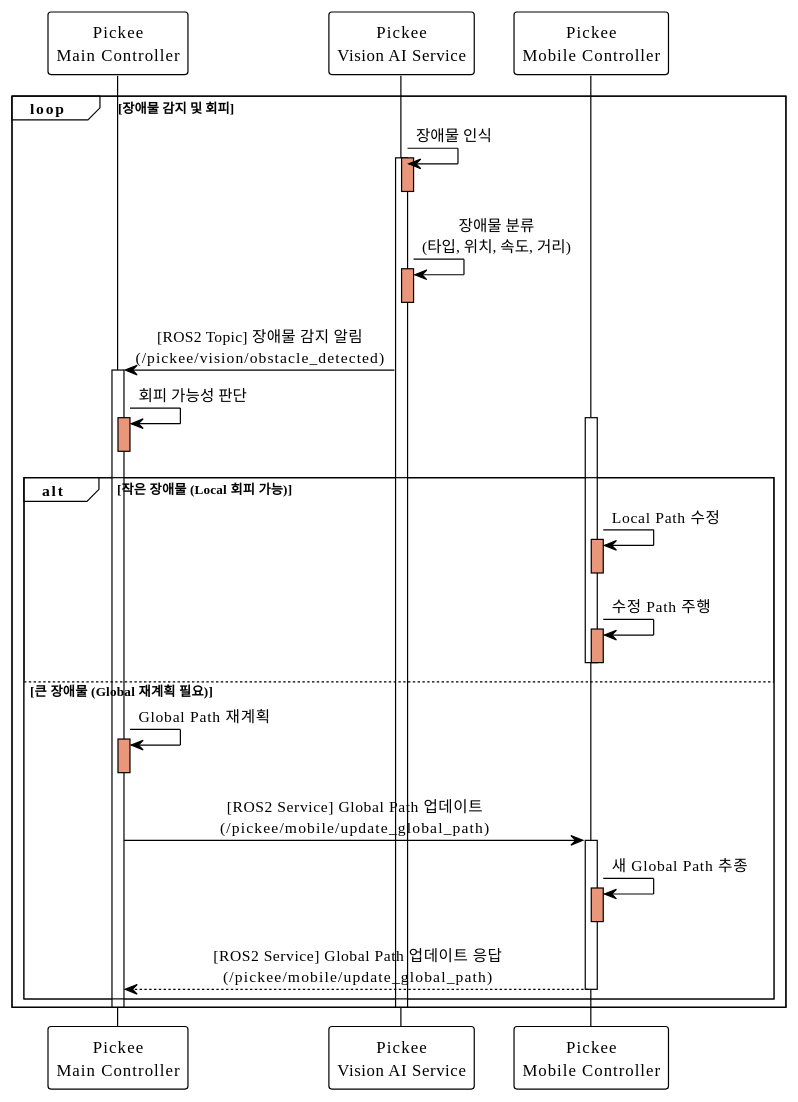
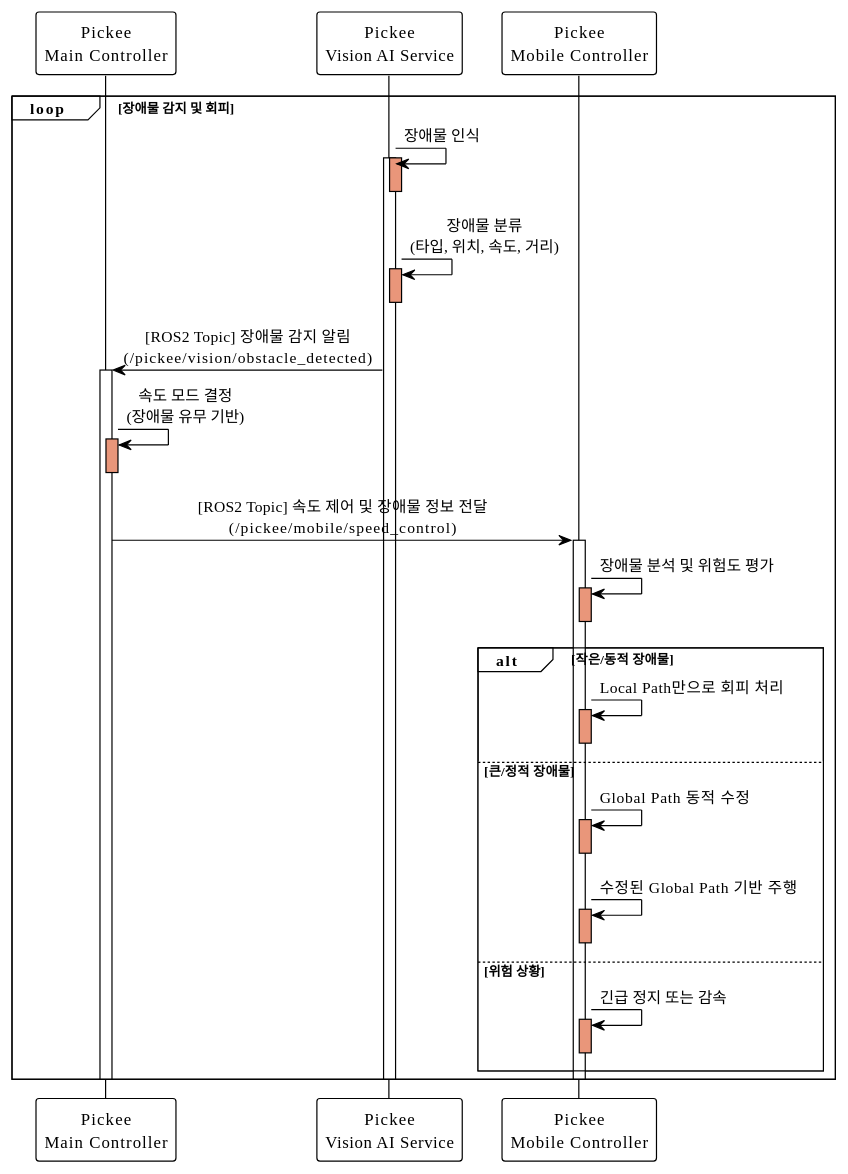
Before and after one commit to addinedu-roscamp-7th/roscamp-repo-1: the diagram in docs/SequenceDiagram/SC_02_2_1.md, drawn with PlantUML. The commit also changed 30 other files, not shown here.

```diff
--- a/docs/SequenceDiagram/SC_02_2_1.md
+++ b/docs/SequenceDiagram/SC_02_2_1.md
@@ -1,60 +1,60 @@
 @startuml SC_02_2_1
 !theme plain
 skinparam backgroundColor #FFFFFF
 skinparam sequenceMessageAlign center
 
 participant "Pickee\nMain Controller" as pickee_main
 participant "Pickee\nVision AI Service" as vision
 participant "Pickee\nMobile Controller" as pickee_mobile
 
 loop 장애물 감지 및 회피
     vision -> vision: 장애물 인식
     activate vision
     activate vision #DarkSalmon
     deactivate vision
     
     vision -> vision: 장애물 분류\n(타입, 위치, 속도, 거리)
     activate vision #DarkSalmon
     deactivate vision
     
     vision -> pickee_main: [ROS2 Topic] 장애물 감지 알림\n(/pickee/vision/obstacle_detected)
     activate pickee_main
     
-    pickee_main -> pickee_main: 회피 가능성 판단
+    pickee_main -> pickee_main: 속도 모드 결정\n(장애물 유무 기반)
     activate pickee_main #DarkSalmon
     deactivate pickee_main
     
-    alt 작은 장애물 (Local 회피 가능)
-        activate pickee_mobile
-        
-        pickee_mobile -> pickee_mobile: Local Path 수정
+    pickee_main -> pickee_mobile: [ROS2 Topic] 속도 제어 및 장애물 정보 전달\n(/pickee/mobile/speed_control)
+    activate pickee_mobile
+    
+    pickee_mobile -> pickee_mobile: 장애물 분석 및 위험도 평가
+    activate pickee_mobile #DarkSalmon
+    deactivate pickee_mobile
+    
+    alt 작은/동적 장애물
+        pickee_mobile -> pickee_mobile: Local Path만으로 회피 처리
         activate pickee_mobile #DarkSalmon
         deactivate pickee_mobile
         
-        pickee_mobile -> pickee_mobile: 수정 Path 주행
+    else 큰/정적 장애물
+        pickee_mobile -> pickee_mobile: Global Path 동적 수정
         activate pickee_mobile #DarkSalmon
         deactivate pickee_mobile
         
-        deactivate pickee_mobile
-        
-    else 큰 장애물 (Global 재계획 필요)
-        pickee_main -> pickee_main: Global Path 재계획
-        activate pickee_main #DarkSalmon
-        deactivate pickee_main
-        
-        pickee_main -> pickee_mobile: [ROS2 Service] Global Path 업데이트\n(/pickee/mobile/update_global_path)
-        activate pickee_mobile
-        
-        pickee_mobile -> pickee_mobile: 새 Global Path 추종
+        pickee_mobile -> pickee_mobile: 수정된 Global Path 기반 주행
         activate pickee_mobile #DarkSalmon
         deactivate pickee_mobile
         
-        pickee_mobile --> pickee_main: [ROS2 Service] Global Path 업데이트 응답\n(/pickee/mobile/update_global_path)
+    else 위험 상황
+        pickee_mobile -> pickee_mobile: 긴급 정지 또는 감속
+        activate pickee_mobile #DarkSalmon
         deactivate pickee_mobile
     end
+    
+    deactivate pickee_mobile
     
     deactivate pickee_main
     deactivate vision
 end
 
 @enduml
```
